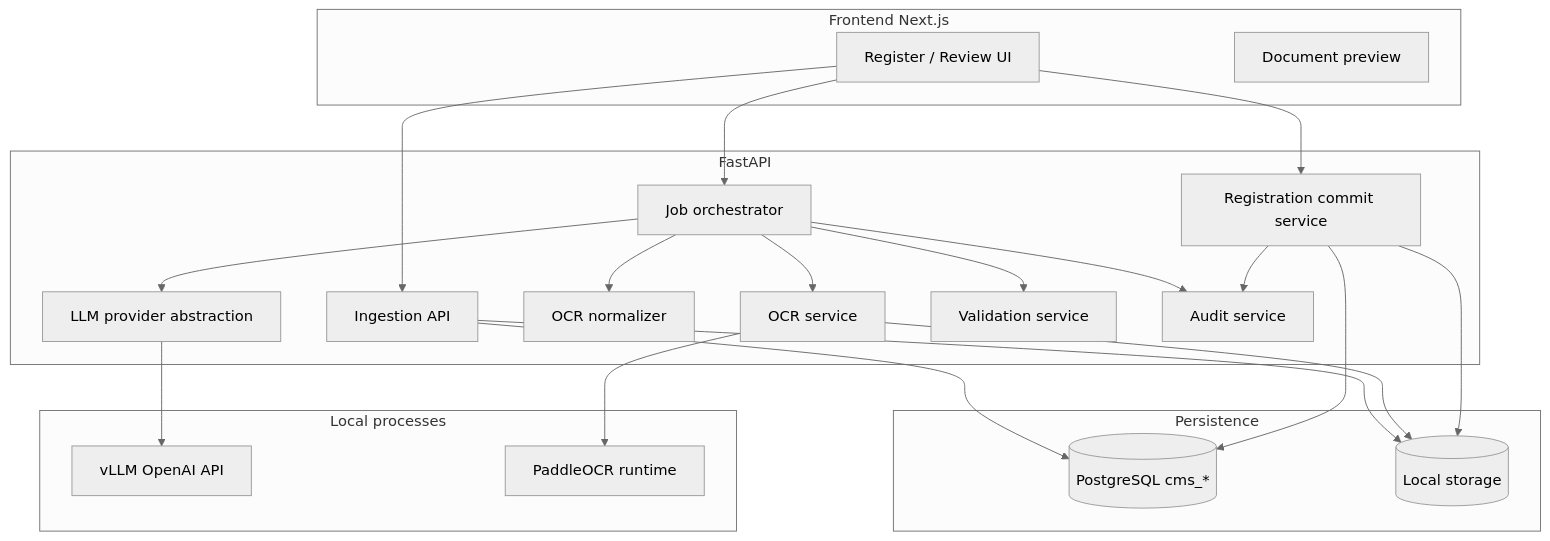
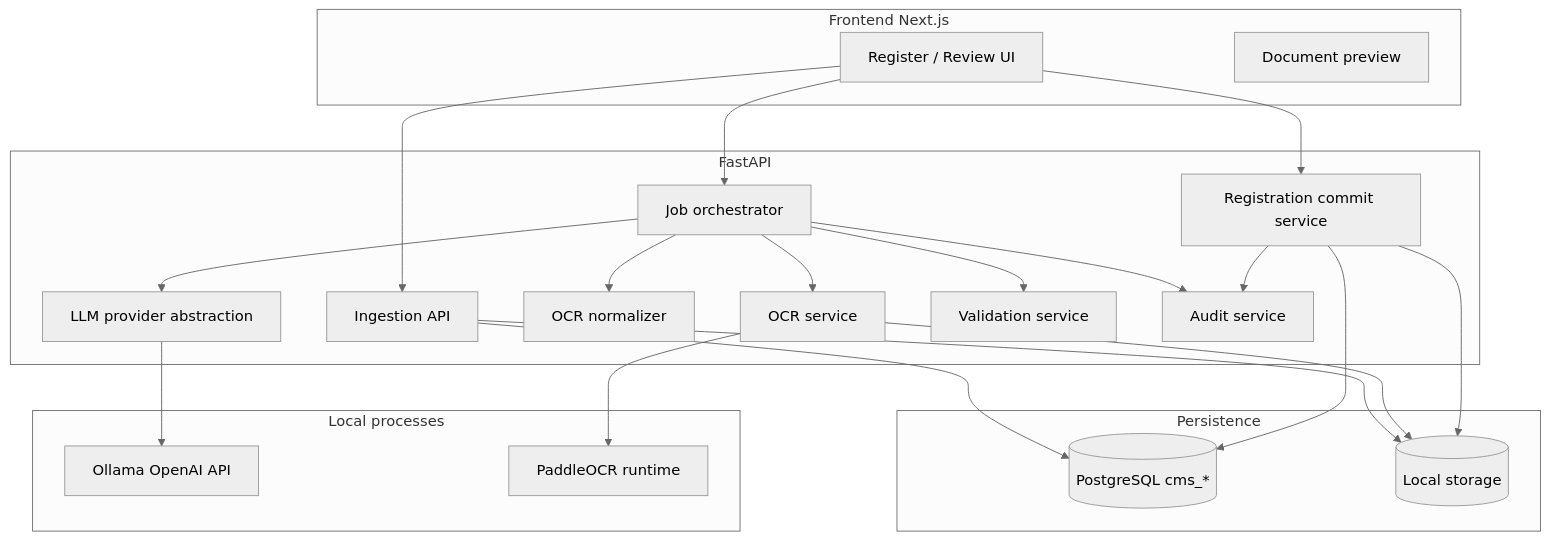
One commit to NexoraAutomate/ailms changed the diagram in docs/ai-letter-registration/01-master-plan.md. Above: the diagram before and after it, drawn with Mermaid (neutral theme). The commit also changed other lines of this file and 8 other files, not shown here.

First line of the commit message:
Update LLM provider configuration to default to Ollama and enhance documentation.

````diff
--- a/docs/ai-letter-registration/01-master-plan.md
+++ b/docs/ai-letter-registration/01-master-plan.md
@@ -47,41 +47,41 @@
 ```mermaid
 flowchart TB
   subgraph client [Frontend Next.js]
     UI[Register / Review UI]
     PDF[Document preview]
   end
   subgraph api [FastAPI]
     ING[Ingestion API]
     JOB[Job orchestrator]
     OCR[OCR service]
     NORM[OCR normalizer]
     LLM[LLM provider abstraction]
     VAL[Validation service]
     REG[Registration commit service]
     AUD[Audit service]
   end
   subgraph data [Persistence]
     PG[(PostgreSQL cms_*)]
     FS[(Local storage)]
   end
   subgraph external [Local processes]
-    VLLM[vLLM OpenAI API]
+    OLLAMA[Ollama OpenAI API]
     PADDLE[PaddleOCR runtime]
   end
   UI --> ING
   UI --> JOB
   ING --> FS
   ING --> PG
   JOB --> OCR
   OCR --> PADDLE
   OCR --> FS
   JOB --> NORM
   JOB --> LLM
-  LLM --> VLLM
+  LLM --> OLLAMA
   JOB --> VAL
   UI --> REG
   REG --> PG
   REG --> FS
   JOB --> AUD
   REG --> AUD
 ```
````
